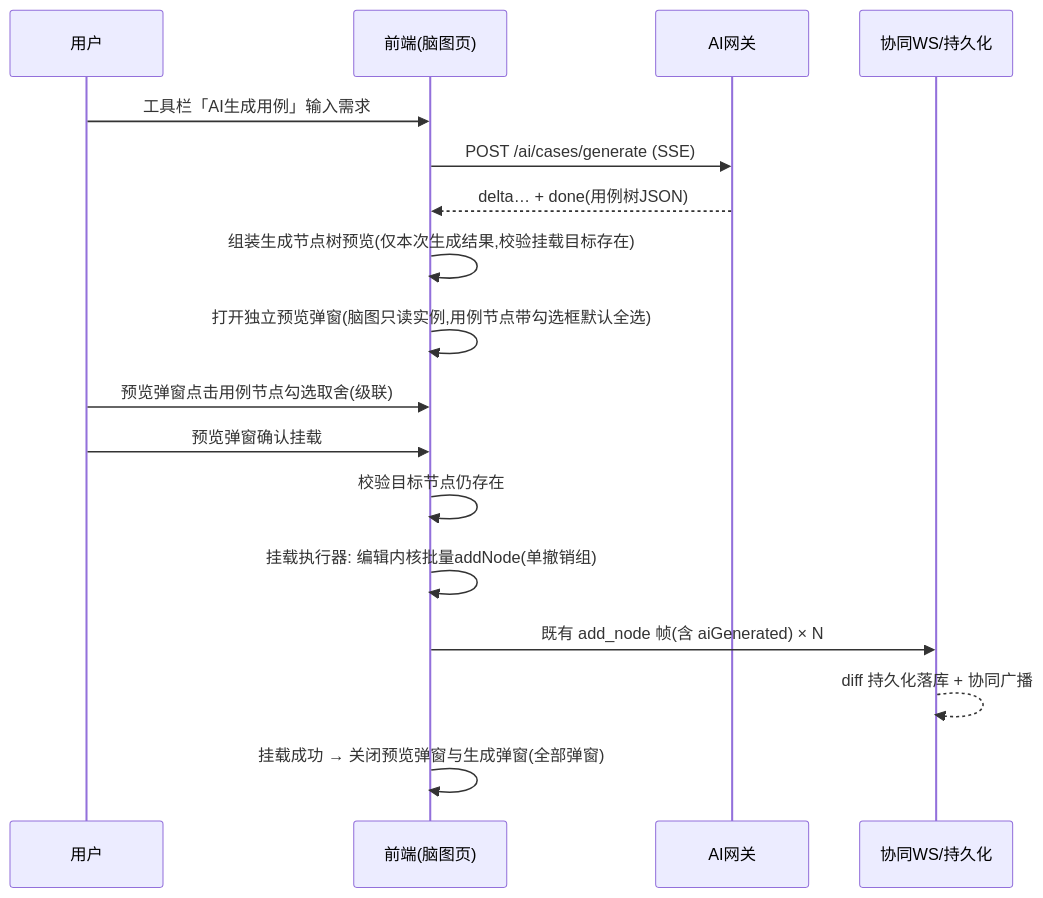
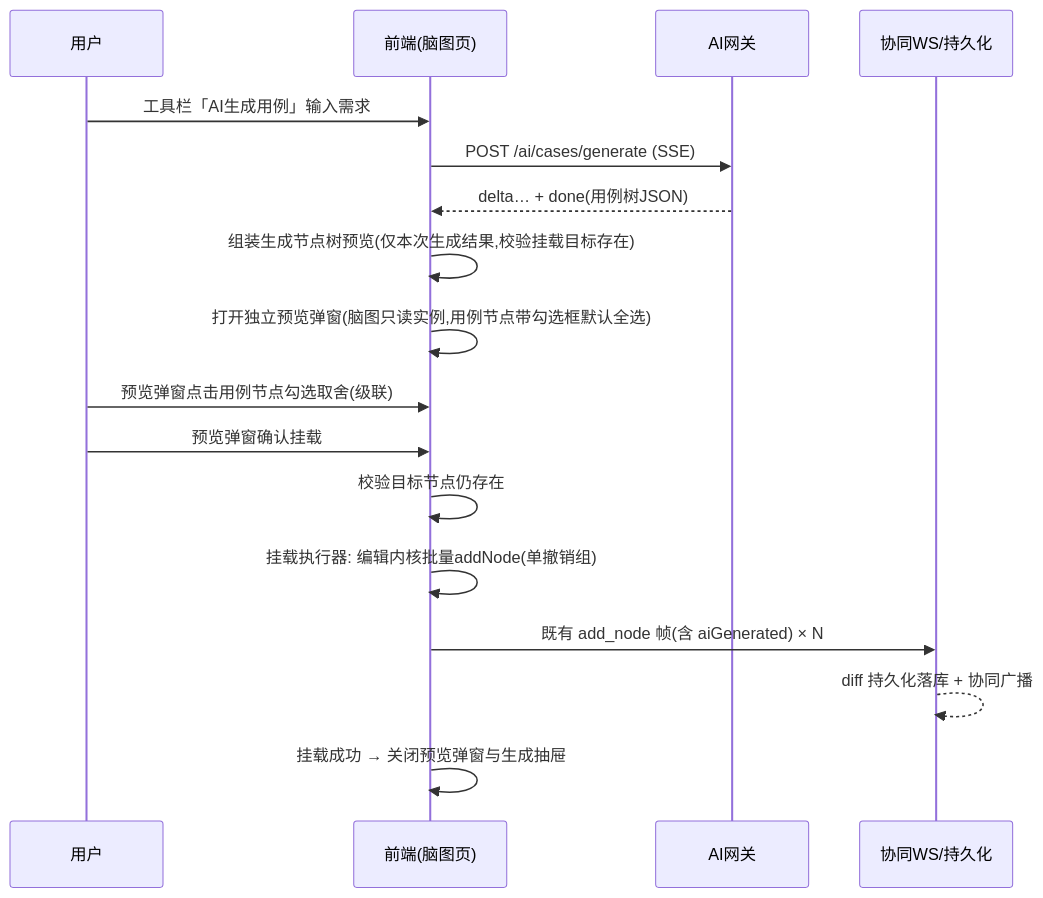
One commit to XiaoMiSum/robotest changed the diagram in docs/详细设计/智能用例生成与脑图智能编辑详细设计说明书.md. Above: the diagram before and after it, drawn with Mermaid. The commit also changed other lines of this file and 6 other files, not shown here.

````diff
--- a/docs/详细设计/智能用例生成与脑图智能编辑详细设计说明书.md
+++ b/docs/详细设计/智能用例生成与脑图智能编辑详细设计说明书.md
@@ -215,19 +215,19 @@
 ```mermaid
 sequenceDiagram
     participant U as 用户
     participant FE as 前端(脑图页)
     participant GW as AI网关
     participant WS as 协同WS/持久化
     U->>FE: 工具栏「AI生成用例」输入需求
     FE->>GW: POST /ai/cases/generate (SSE)
     GW-->>FE: delta… + done(用例树JSON)
     FE->>FE: 组装生成节点树预览(仅本次生成结果,校验挂载目标存在)
     FE->>FE: 打开独立预览弹窗(脑图只读实例,用例节点带勾选框默认全选)
     U->>FE: 预览弹窗点击用例节点勾选取舍(级联)
     U->>FE: 预览弹窗确认挂载
     FE->>FE: 校验目标节点仍存在
     FE->>FE: 挂载执行器: 编辑内核批量addNode(单撤销组)
     FE->>WS: 既有 add_node 帧(含 aiGenerated) × N
     WS-->>WS: diff 持久化落库 + 协同广播
-    FE->>FE: 挂载成功 → 关闭预览弹窗与生成弹窗(全部弹窗)
+    FE->>FE: 挂载成功 → 关闭预览弹窗与生成抽屉
 ```
````
